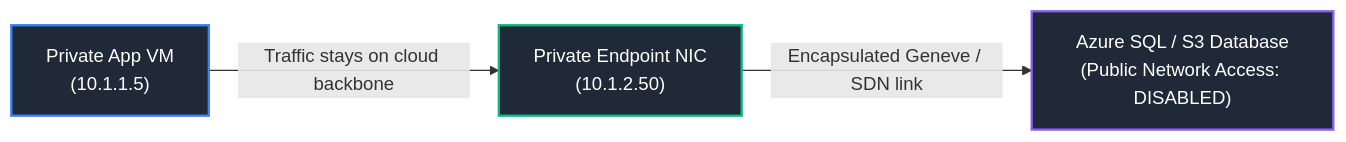
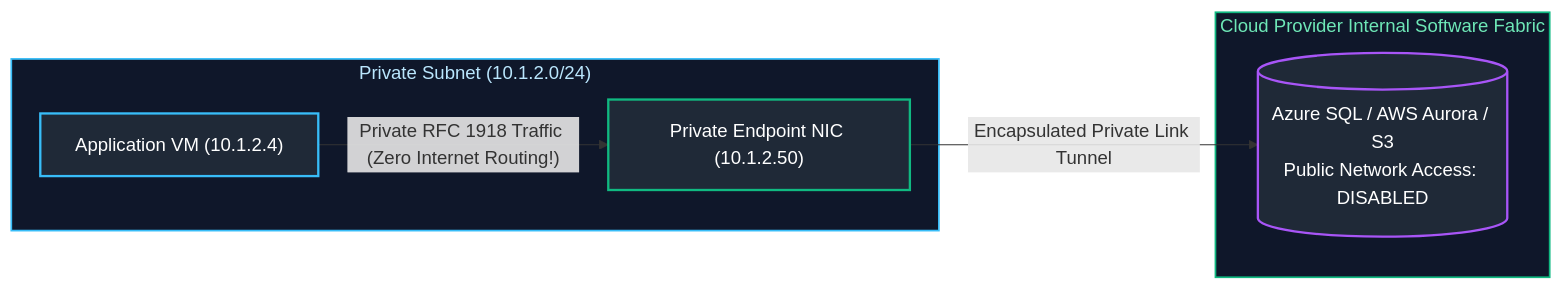
One commit to joydeep-biswas/Interview-Preparation changed the eighth of 13 diagrams in Cloud Engineering/05_cloud_networking_and_infrastructure_design.md. Above: the diagram before and after it, drawn with Mermaid. The commit also changed other lines of this file and 143 other files, not shown here.

````diff
--- a/Cloud Engineering/05_cloud_networking_and_infrastructure_design.md
+++ b/Cloud Engineering/05_cloud_networking_and_infrastructure_design.md
@@ -239,9 +375,18 @@
 ```mermaid
 flowchart LR
-    VM["Private App VM<br/>(10.1.1.5)"] -->|"Traffic stays on cloud backbone"| PE["Private Endpoint NIC<br/>(10.1.2.50)"]
-    PE -->|"Encapsulated Geneve / SDN link"| PaaS["Azure SQL / S3 Database<br/>(Public Network Access: DISABLED)"]
+    subgraph PrivateSubnet ["Private Subnet (10.1.2.0/24)"]
+        VM["Application VM (10.1.2.4)"]
+        PE["Private Endpoint NIC (10.1.2.50)"]
+        VM -->|"Private RFC 1918 Traffic (Zero Internet Routing!)"| PE
+    end
 
-    style VM fill:#1f2937,stroke:#3b82f6,stroke-width:2px,color:#fff
+    subgraph CloudBackbone ["Cloud Provider Internal Software Fabric"]
+        PE -->|"Encapsulated Private Link Tunnel"| PaaSDB[("Azure SQL / AWS Aurora / S3<br/>Public Network Access: DISABLED")]
+    end
+
+    style PrivateSubnet fill:#0f172a,stroke:#38bdf8,stroke-width:1.5px,color:#bae6fd
+    style CloudBackbone fill:#0f172a,stroke:#10b981,stroke-width:1.5px,color:#6ee7b7
+    style VM fill:#1f2937,stroke:#38bdf8,stroke-width:2px,color:#fff
     style PE fill:#1f2937,stroke:#10b981,stroke-width:2px,color:#fff
-    style PaaS fill:#1f2937,stroke:#8b5cf6,stroke-width:2px,color:#fff
+    style PaaSDB fill:#1f2937,stroke:#a855f7,stroke-width:2px,color:#fff
 ```
````
